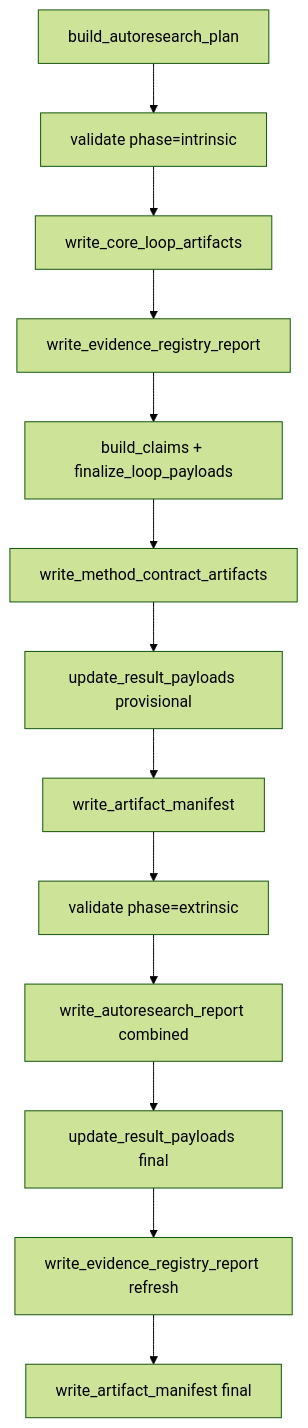
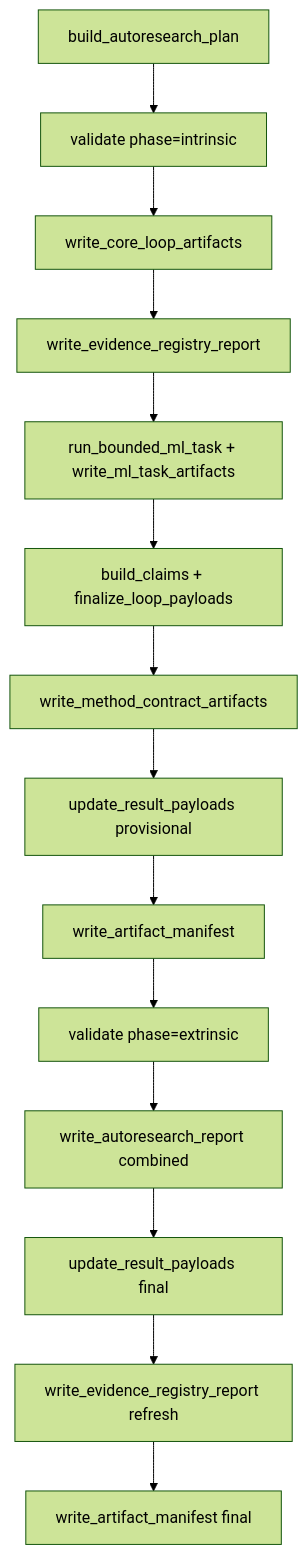
The diagram in projects/template_autoresearch_project/README.md (docxology/template), drawn with Mermaid (forest theme) before and after one commit. The commit also changed other lines of this file and 36 other files, not shown here.

````diff
--- a/projects/template_autoresearch_project/README.md
+++ b/projects/template_autoresearch_project/README.md
@@ -32,15 +37,16 @@
 ```mermaid
 flowchart TB
   plan[build_autoresearch_plan] --> intrinsic[validate phase=intrinsic]
   intrinsic --> core[write_core_loop_artifacts]
   core --> registry1[write_evidence_registry_report]
-  registry1 --> claims[build_claims + finalize_loop_payloads]
+  registry1 --> ml[run_bounded_ml_task + write_ml_task_artifacts]
+  ml --> claims[build_claims + finalize_loop_payloads]
   claims --> methods[write_method_contract_artifacts]
   methods --> update1[update_result_payloads provisional]
   update1 --> manifest1[write_artifact_manifest]
   manifest1 --> extrinsic[validate phase=extrinsic]
   extrinsic --> readiness[write_autoresearch_report combined]
   readiness --> update2[update_result_payloads final]
   update2 --> registry2[write_evidence_registry_report refresh]
   registry2 --> manifest2[write_artifact_manifest final]
 ```
````
